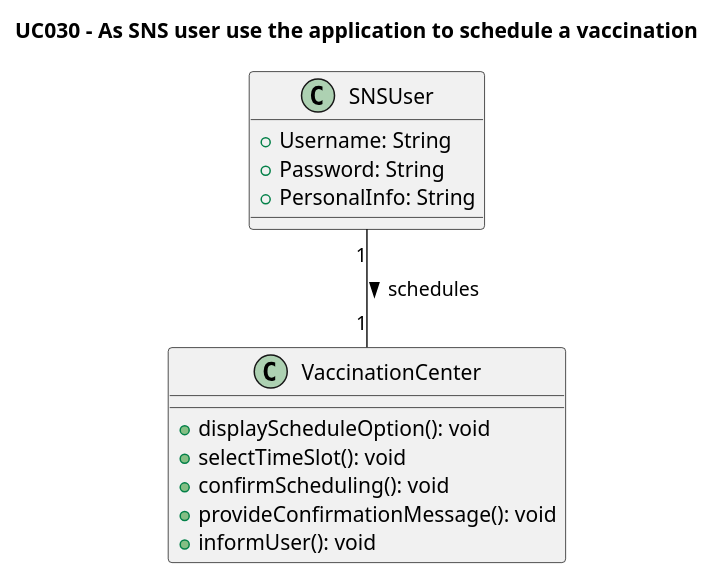
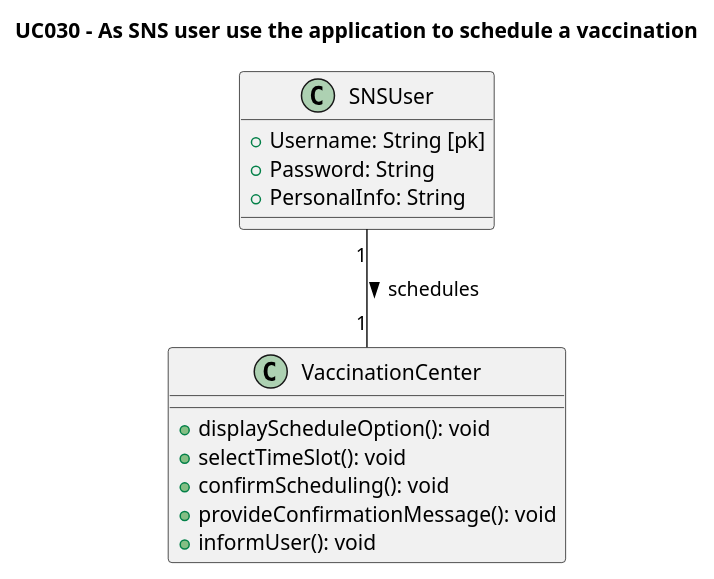
One commit to rafaafig/SnsTrab changed the diagram in sns-base/doc/global/use-cases/UC030/ucd-UCD030.puml. Above: the diagram before and after it, drawn with PlantUML. The commit also changed 10 other files, not shown here.

Commit message:
modelo logico nos diagramas dos casos

```diff
--- a/sns-base/doc/global/use-cases/UC030/ucd-UCD030.puml
+++ b/sns-base/doc/global/use-cases/UC030/ucd-UCD030.puml
@@ -1,23 +1,23 @@
 @startuml
 'skinparam monochrome true
 'skinparam shadowing false
 
 title UC030 - As SNS user use the application to schedule a vaccination
 
 class SNSUser {
-    +Username: String
+    +Username: String [pk]
     +Password: String
     +PersonalInfo: String
 }
 
 class VaccinationCenter {
     +displayScheduleOption(): void
     +selectTimeSlot(): void
     +confirmScheduling(): void
     +provideConfirmationMessage(): void
     +informUser(): void
 }
 
 ' Relationships
 SNSUser "1" -- "1" VaccinationCenter : schedules >
 @enduml
```
